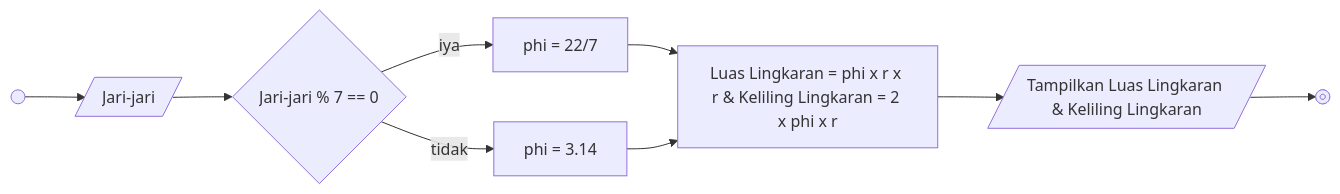
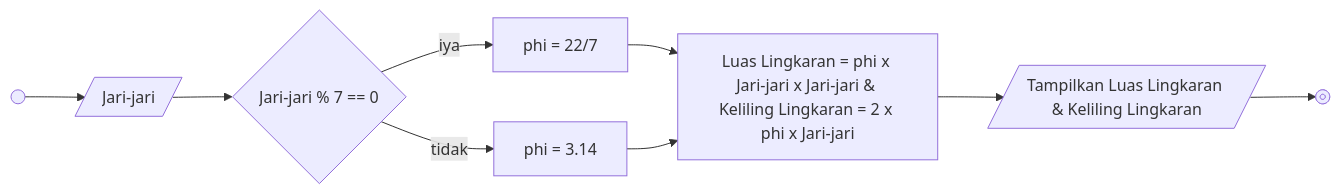
The second of 2 diagrams in README.md (rizqyazhar/koda-b10-algoritma), drawn with Mermaid before and after one commit.

````diff
--- a/README.md
+++ b/README.md
@@ -57,17 +57,17 @@
 ```mermaid
 flowchart LR
   A@{shape: start, label: "Start"}
   B@{shape: stop, label: "End"}
   C@{shape: diam, label: "Jari-jari % 7 == 0"}
   D@{shape: lean-r, label: "Jari-jari"}
   E@{shape: lean-r, label: "Tampilkan Luas Lingkaran & Keliling Lingkaran"}
-  F@{shape: rect, label: "Luas Lingkaran = phi x r x r & Keliling Lingkaran = 2 x phi x r"}
+  F@{shape: rect, label: "Luas Lingkaran = phi x Jari-jari x Jari-jari & Keliling Lingkaran = 2 x phi x Jari-jari"}
   G@{shape: rect, label: "phi = 22/7"}
   H@{shape: rect, label: "phi = 3.14"}
 
   A --> D --> C --iya--> G
   C --tidak--> H
   G & H --> F --> E
   E --> B
 
 ```
````
